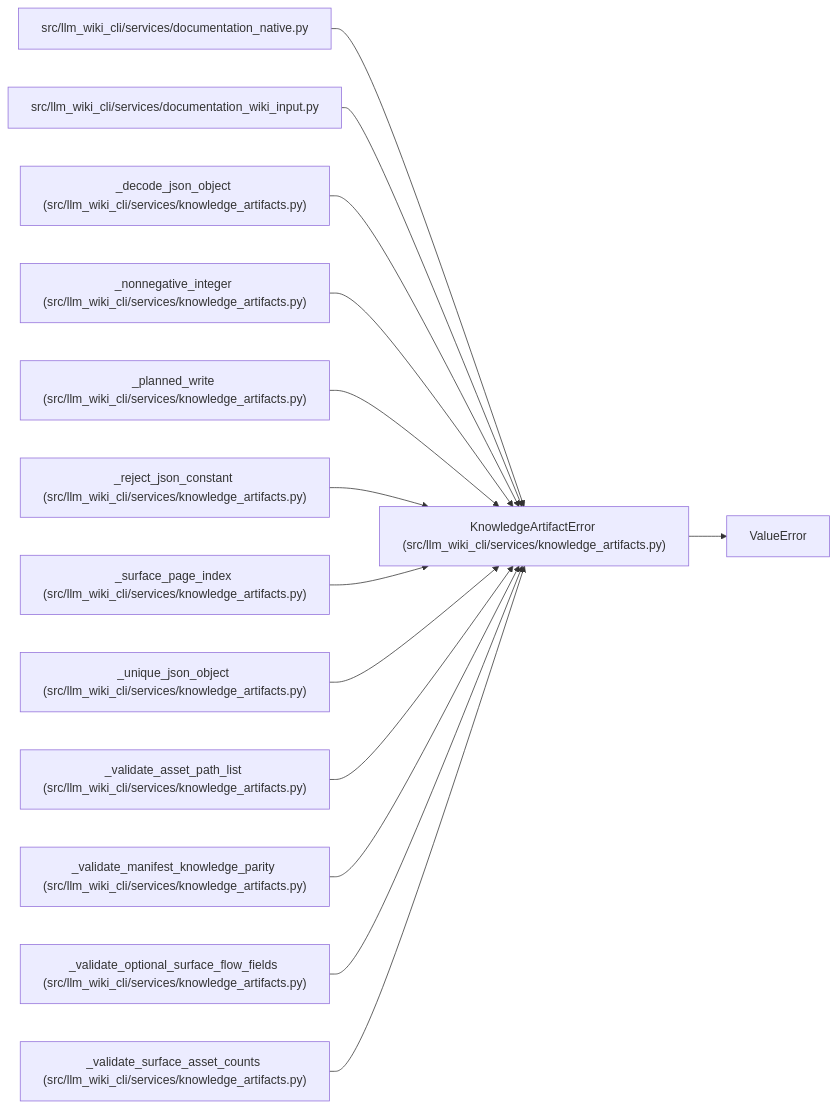
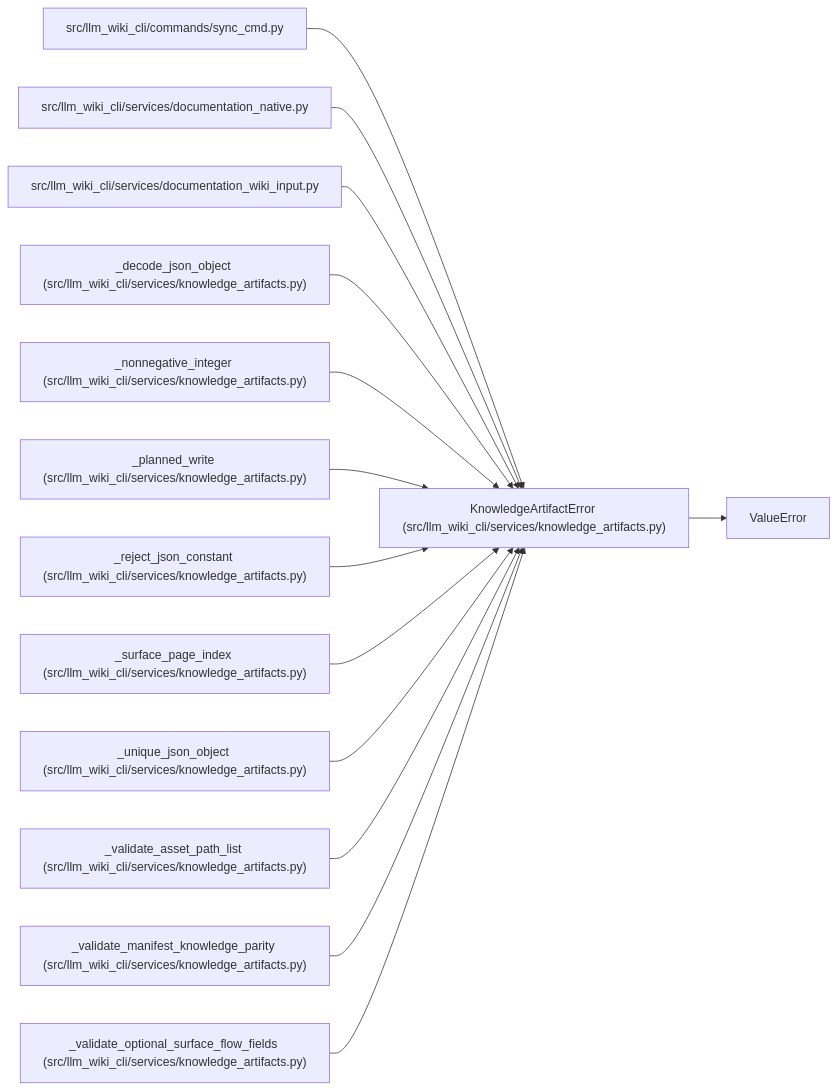
Before and after one commit to Denissvgn/python-wiki-llm: the diagram in docs/llm_wiki/entities/KnowledgeArtifactError.md, drawn with Mermaid. The commit also changed other lines of this file and 775 other files, not shown here.

````diff
--- a/docs/llm_wiki/entities/KnowledgeArtifactError.md
+++ b/docs/llm_wiki/entities/KnowledgeArtifactError.md
@@ -25,43 +25,43 @@
 ```mermaid
 flowchart LR
     n0["KnowledgeArtifactError (src/llm_wiki_cli/services/knowledge_artifacts.py)"]
     n1["ValueError"]
-    n2["src/llm_wiki_cli/services/documentation_native.py"]
-    n3["src/llm_wiki_cli/services/documentation_wiki_input.py"]
-    n4["_decode_json_object (src/llm_wiki_cli/services/knowledge_artifacts.py)"]
-    n5["_nonnegative_integer (src/llm_wiki_cli/services/knowledge_artifacts.py)"]
-    n6["_planned_write (src/llm_wiki_cli/services/knowledge_artifacts.py)"]
-    n7["_reject_json_constant (src/llm_wiki_cli/services/knowledge_artifacts.py)"]
-    n8["_surface_page_index (src/llm_wiki_cli/services/knowledge_artifacts.py)"]
-    n9["_unique_json_object (src/llm_wiki_cli/services/knowledge_artifacts.py)"]
-    n10["_validate_asset_path_list (src/llm_wiki_cli/services/knowledge_artifacts.py)"]
-    n11["_validate_manifest_knowledge_parity (src/llm_wiki_cli/services/knowledge_artifacts.py)"]
-    n12["_validate_optional_surface_flow_fields (src/llm_wiki_cli/services/knowledge_artifacts.py)"]
-    n13["_validate_surface_asset_counts (src/llm_wiki_cli/services/knowledge_artifacts.py)"]
+    n2["src/llm_wiki_cli/commands/sync_cmd.py"]
+    n3["src/llm_wiki_cli/services/documentation_native.py"]
+    n4["src/llm_wiki_cli/services/documentation_wiki_input.py"]
+    n5["_decode_json_object (src/llm_wiki_cli/services/knowledge_artifacts.py)"]
+    n6["_nonnegative_integer (src/llm_wiki_cli/services/knowledge_artifacts.py)"]
+    n7["_planned_write (src/llm_wiki_cli/services/knowledge_artifacts.py)"]
+    n8["_reject_json_constant (src/llm_wiki_cli/services/knowledge_artifacts.py)"]
+    n9["_surface_page_index (src/llm_wiki_cli/services/knowledge_artifacts.py)"]
+    n10["_unique_json_object (src/llm_wiki_cli/services/knowledge_artifacts.py)"]
+    n11["_validate_asset_path_list (src/llm_wiki_cli/services/knowledge_artifacts.py)"]
+    n12["_validate_manifest_knowledge_parity (src/llm_wiki_cli/services/knowledge_artifacts.py)"]
+    n13["_validate_optional_surface_flow_fields (src/llm_wiki_cli/services/knowledge_artifacts.py)"]
     n0 --> n1
     n2 --> n0
     n3 --> n0
     n4 --> n0
     n5 --> n0
     n6 --> n0
     n7 --> n0
     n8 --> n0
     n9 --> n0
     n10 --> n0
     n11 --> n0
     n12 --> n0
     n13 --> n0
     click n0 "../modules/knowledge_artifacts.md"
-    click n2 "../modules/documentation_native.md"
-    click n3 "../modules/documentation_wiki_input.md"
-    click n4 "../modules/knowledge_artifacts.md"
+    click n2 "../modules/sync_cmd.md"
+    click n3 "../modules/documentation_native.md"
+    click n4 "../modules/documentation_wiki_input.md"
     click n5 "../modules/knowledge_artifacts.md"
     click n6 "../modules/knowledge_artifacts.md"
     click n7 "../modules/knowledge_artifacts.md"
     click n8 "../modules/knowledge_artifacts.md"
     click n9 "../modules/knowledge_artifacts.md"
     click n10 "../modules/knowledge_artifacts.md"
     click n11 "../modules/knowledge_artifacts.md"
     click n12 "../modules/knowledge_artifacts.md"
     click n13 "../modules/knowledge_artifacts.md"
 ```
````
